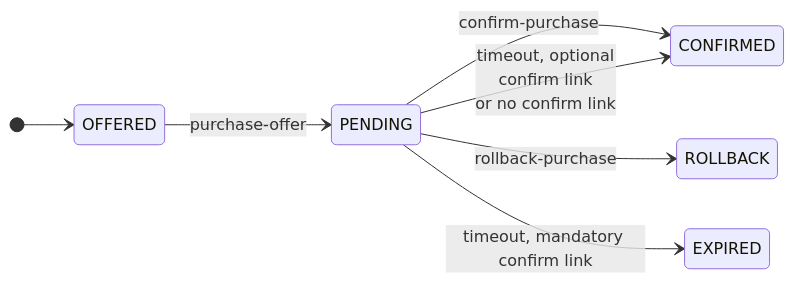
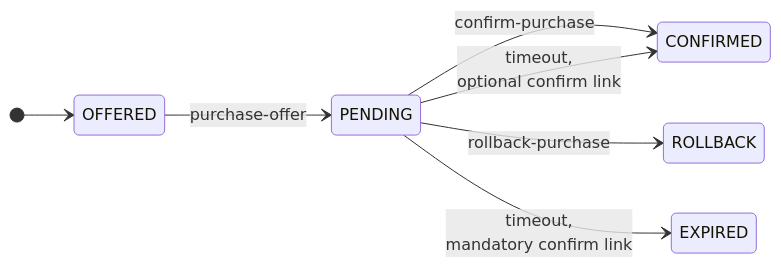
One commit to TOMP-WG/TOMP-API changed the second of 5 diagrams in wiki/modules/purchase-flow.md. Above: the diagram before and after it, drawn with Mermaid. The commit also changed other lines of this file, not shown here.

Commit message:
bug in rollback (2phase)

````diff
--- a/wiki/modules/purchase-flow.md
+++ b/wiki/modules/purchase-flow.md
@@ -43,10 +43,10 @@
 ```mermaid
 stateDiagram-v2
     DIRECTION LR
     [*] --> OFFERED
     OFFERED --> PENDING : purchase-offer
     PENDING --> CONFIRMED : confirm-purchase
     PENDING --> ROLLBACK : rollback-purchase
-    PENDING --> EXPIRED : timeout, mandatory confirm link
-    PENDING --> CONFIRMED : timeout, optional <br> confirm link <br> or no confirm link
+    PENDING --> EXPIRED : timeout, <br>mandatory confirm link
+    PENDING --> CONFIRMED : timeout, <br>optional confirm link
 ```
````
